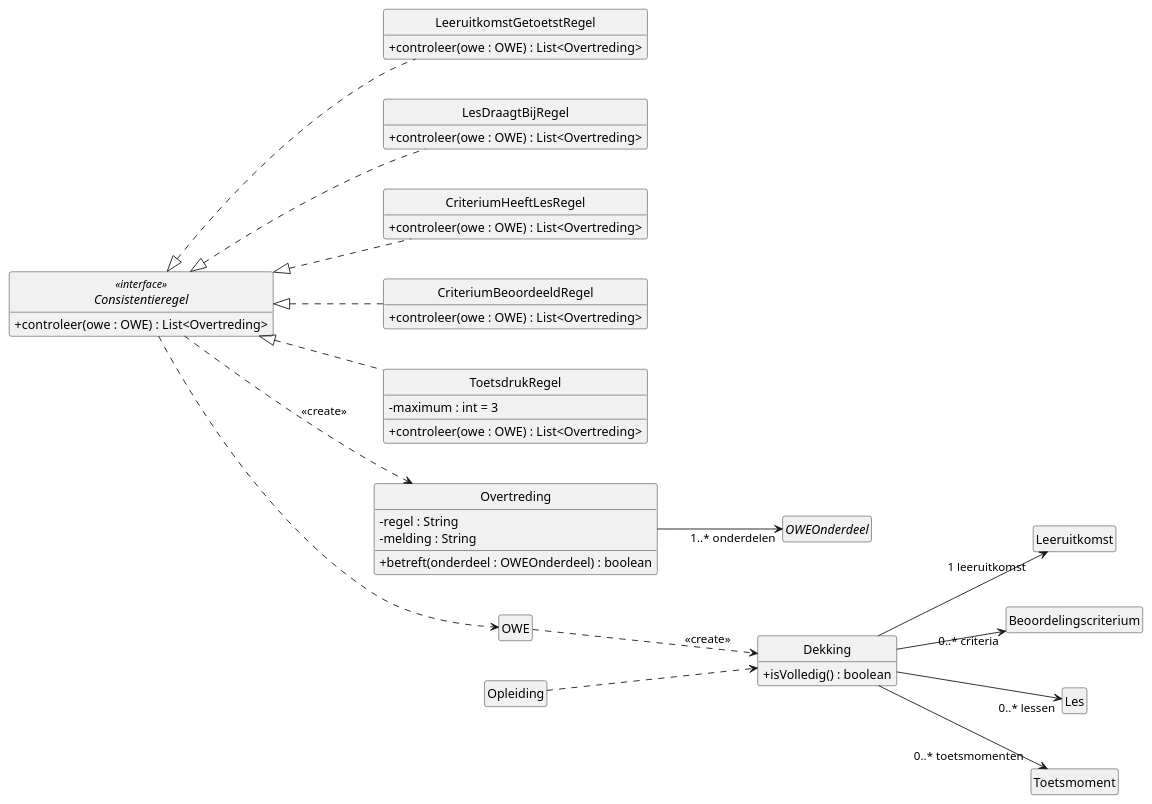
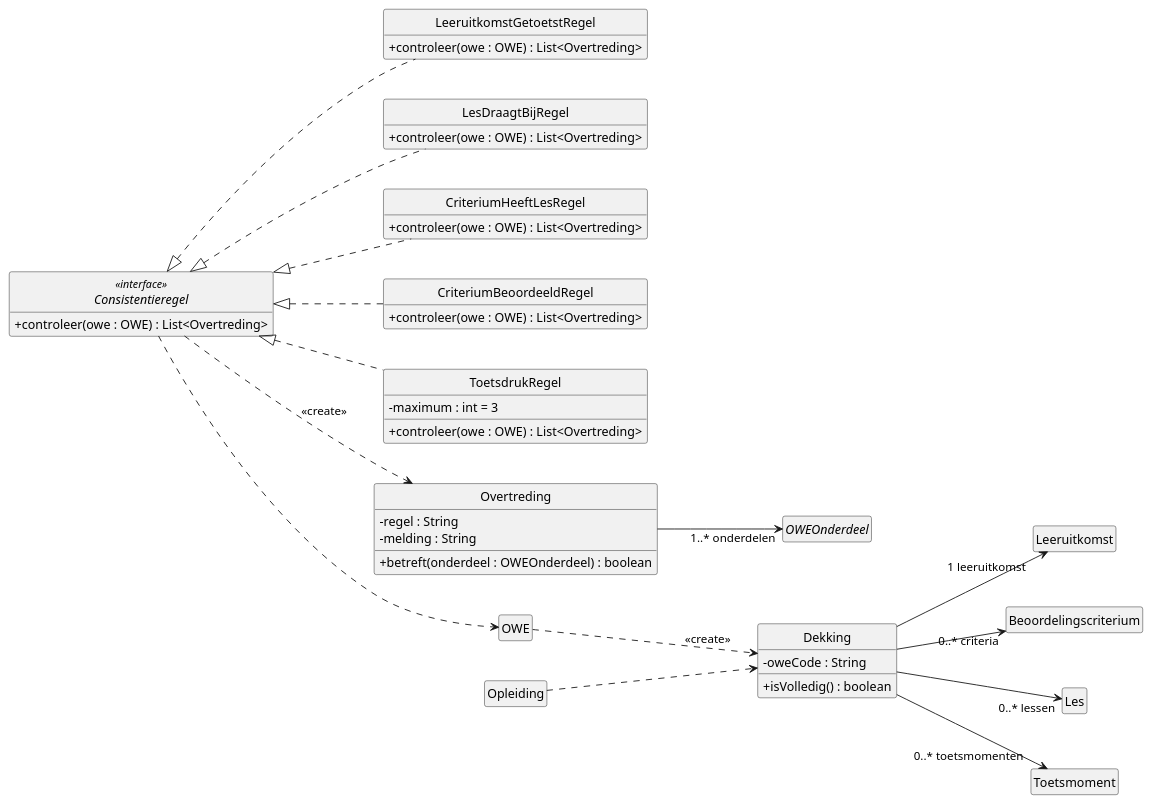
The diagram in docs/diagrams/klassendiagram-controle.puml (HAN-Craftsmanship-KL-JJG/casus), drawn with PlantUML before and after one commit. The commit also changed 8 other files, not shown here.

```diff
--- a/docs/diagrams/klassendiagram-controle.puml
+++ b/docs/diagrams/klassendiagram-controle.puml
@@ -1,70 +1,71 @@
 @startuml klassendiagram-controle
 ' Design class diagram van ICDE: consistentieregels en dekking (UC05, UC08).
 ' Toelichting: docs/klassendiagram.md
 ' OWE, Leeruitkomst, Beoordelingscriterium, Les en Toetsmoment staan volledig in
 ' klassendiagram-domein.puml.
 skinparam style strictuml
 skinparam shadowing false
 skinparam defaultFontName Helvetica
 skinparam classAttributeIconSize 0
 hide empty members
 left to right direction
 skinparam nodesep 45
 
 interface Consistentieregel <<interface>> {
   + controleer(owe : OWE) : List<Overtreding>
 }
 
 class LeeruitkomstGetoetstRegel {
   + controleer(owe : OWE) : List<Overtreding>
 }
 class LesDraagtBijRegel {
   + controleer(owe : OWE) : List<Overtreding>
 }
 class CriteriumHeeftLesRegel {
   + controleer(owe : OWE) : List<Overtreding>
 }
 class CriteriumBeoordeeldRegel {
   + controleer(owe : OWE) : List<Overtreding>
 }
 class ToetsdrukRegel {
   - maximum : int = 3
   + controleer(owe : OWE) : List<Overtreding>
 }
 
 class Overtreding {
   - regel : String
   - melding : String
   + betreft(onderdeel : OWEOnderdeel) : boolean
 }
 
 class Dekking {
+  - oweCode : String
   + isVolledig() : boolean
 }
 
 class OWE
 class Opleiding
 class Leeruitkomst
 class Beoordelingscriterium
 class Les
 class Toetsmoment
 abstract class OWEOnderdeel
 
 Consistentieregel <|.. LeeruitkomstGetoetstRegel
 Consistentieregel <|.. LesDraagtBijRegel
 Consistentieregel <|.. CriteriumHeeftLesRegel
 Consistentieregel <|.. CriteriumBeoordeeldRegel
 Consistentieregel <|.. ToetsdrukRegel
 
 Consistentieregel ..> OWE
 Consistentieregel ..> Overtreding : <<create>>
 Overtreding --> "1..* onderdelen" OWEOnderdeel
 
 Opleiding ..> Dekking
 OWE ..> Dekking : <<create>>
 ' Langere lijnen geven de rolnamen bij Dekking ruimte.
 Dekking ---> "1 leeruitkomst" Leeruitkomst
 Dekking ---> "0..* criteria" Beoordelingscriterium
 Dekking ---> "0..* toetsmomenten" Toetsmoment
 Dekking ---> "0..* lessen" Les
 @enduml
```
